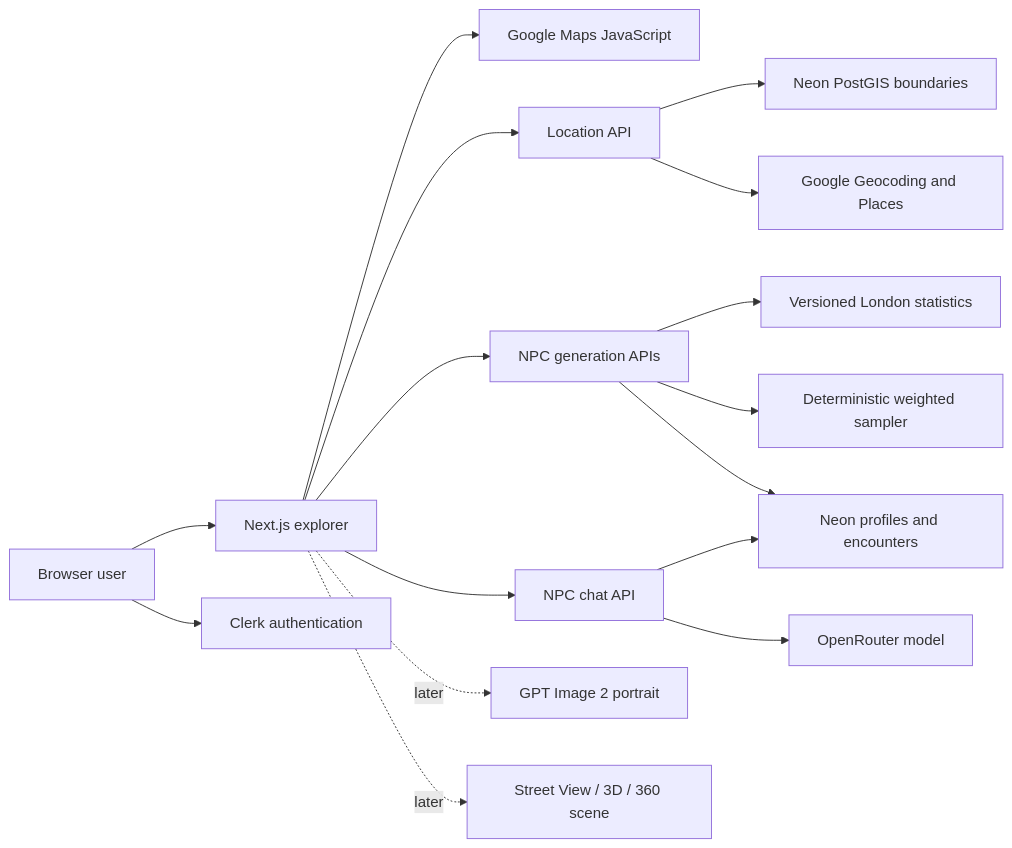
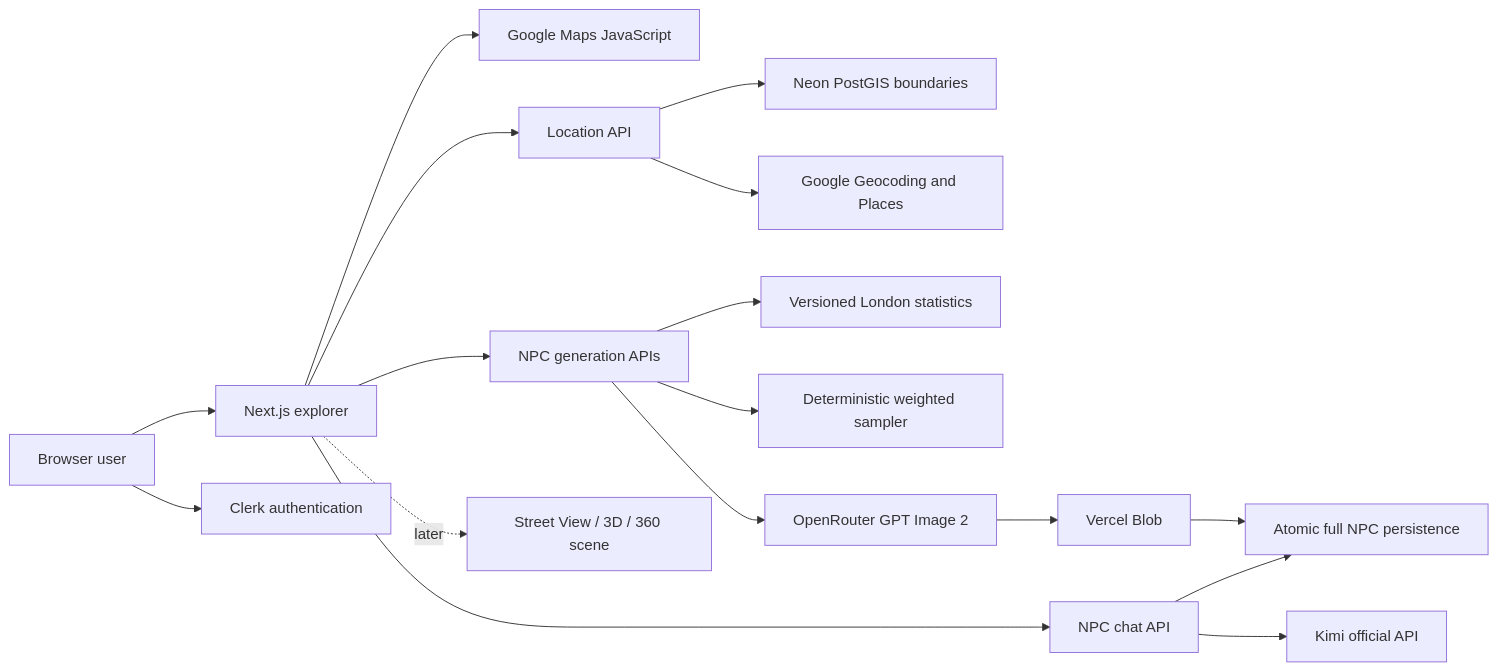
The diagram in docs/HANDOFF.md (MrParamecium/london-npc-explorer), drawn with Mermaid before and after one commit. The commit also changed other lines of this file and 1 other file, not shown here.

Commit message:
docs: record NPC portrait pipeline

````diff
--- a/docs/HANDOFF.md
+++ b/docs/HANDOFF.md
@@ -91,18 +93,19 @@
 ```mermaid
 flowchart LR
     USER[Browser user] --> UI[Next.js explorer]
     USER --> CLERK[Clerk authentication]
     UI --> MAP[Google Maps JavaScript]
     UI --> LOCAPI[Location API]
     LOCAPI --> POSTGIS[Neon PostGIS boundaries]
     LOCAPI --> GOOGLE[Google Geocoding and Places]
     UI --> NPCAPI[NPC generation APIs]
     NPCAPI --> STATS[Versioned London statistics]
     NPCAPI --> SAMPLER[Deterministic weighted sampler]
-    NPCAPI --> DB[Neon profiles and encounters]
+    NPCAPI --> PORTRAIT[OpenRouter GPT Image 2]
+    PORTRAIT --> BLOB[Vercel Blob]
+    BLOB --> DB[Atomic full NPC persistence]
     UI --> CHATAPI[NPC chat API]
-    CHATAPI --> OPENROUTER[OpenRouter model]
+    CHATAPI --> KIMI[Kimi official API]
     CHATAPI --> DB
-    UI -. later .-> IMAGE[GPT Image 2 portrait]
     UI -. later .-> STREET[Street View / 3D / 360 scene]
 ```
````
